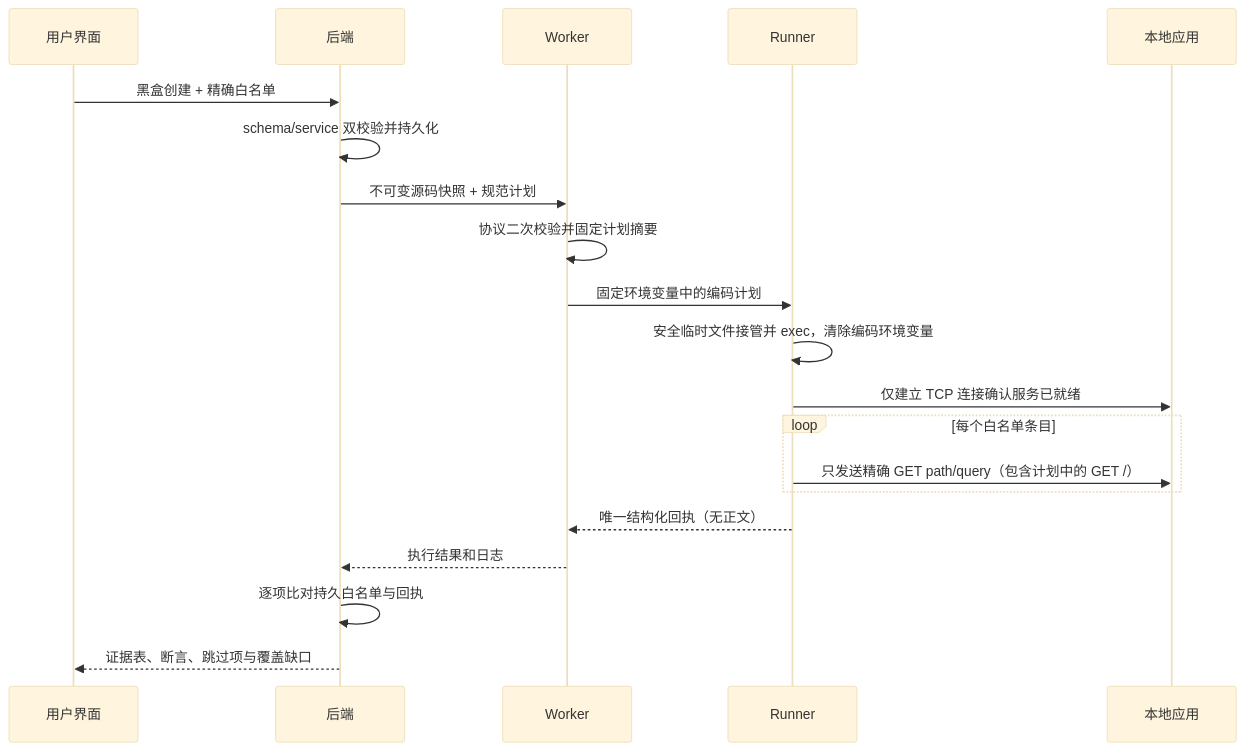
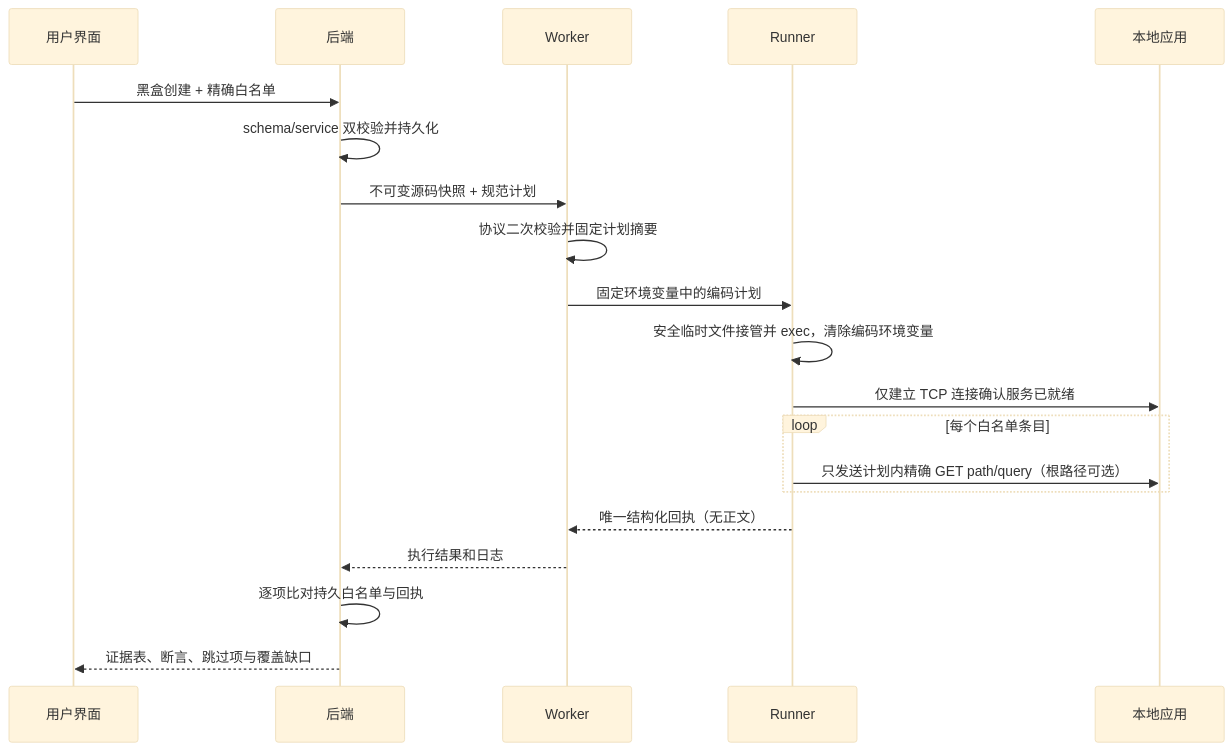
One commit to OUTLElijiadong/llm-agent-code-review changed the second of 2 diagrams in docs/沙箱精确HTTP白名单20261019/DESIGN_沙箱精确HTTP白名单.md. Above: the diagram before and after it, drawn with Mermaid (base theme). The commit also changed other lines of this file and 20 other files, not shown here.

````diff
--- a/docs/沙箱精确HTTP白名单20261019/DESIGN_沙箱精确HTTP白名单.md
+++ b/docs/沙箱精确HTTP白名单20261019/DESIGN_沙箱精确HTTP白名单.md
@@ -39,22 +39,22 @@
 ```mermaid
 sequenceDiagram
   participant U as 用户界面
   participant B as 后端
   participant W as Worker
   participant R as Runner
   participant A as 本地应用
   U->>B: 黑盒创建 + 精确白名单
   B->>B: schema/service 双校验并持久化
   B->>W: 不可变源码快照 + 规范计划
   W->>W: 协议二次校验并固定计划摘要
   W->>R: 固定环境变量中的编码计划
   R->>R: 安全临时文件接管并 exec，清除编码环境变量
   R->>A: 仅建立 TCP 连接确认服务已就绪
   loop 每个白名单条目
-    R->>A: 只发送精确 GET path/query（包含计划中的 GET /）
+    R->>A: 只发送计划内精确 GET path/query（根路径可选）
   end
   R-->>W: 唯一结构化回执（无正文）
   W-->>B: 执行结果和日志
   B->>B: 逐项比对持久白名单与回执
   B-->>U: 证据表、断言、跳过项与覆盖缺口
 ```
````
